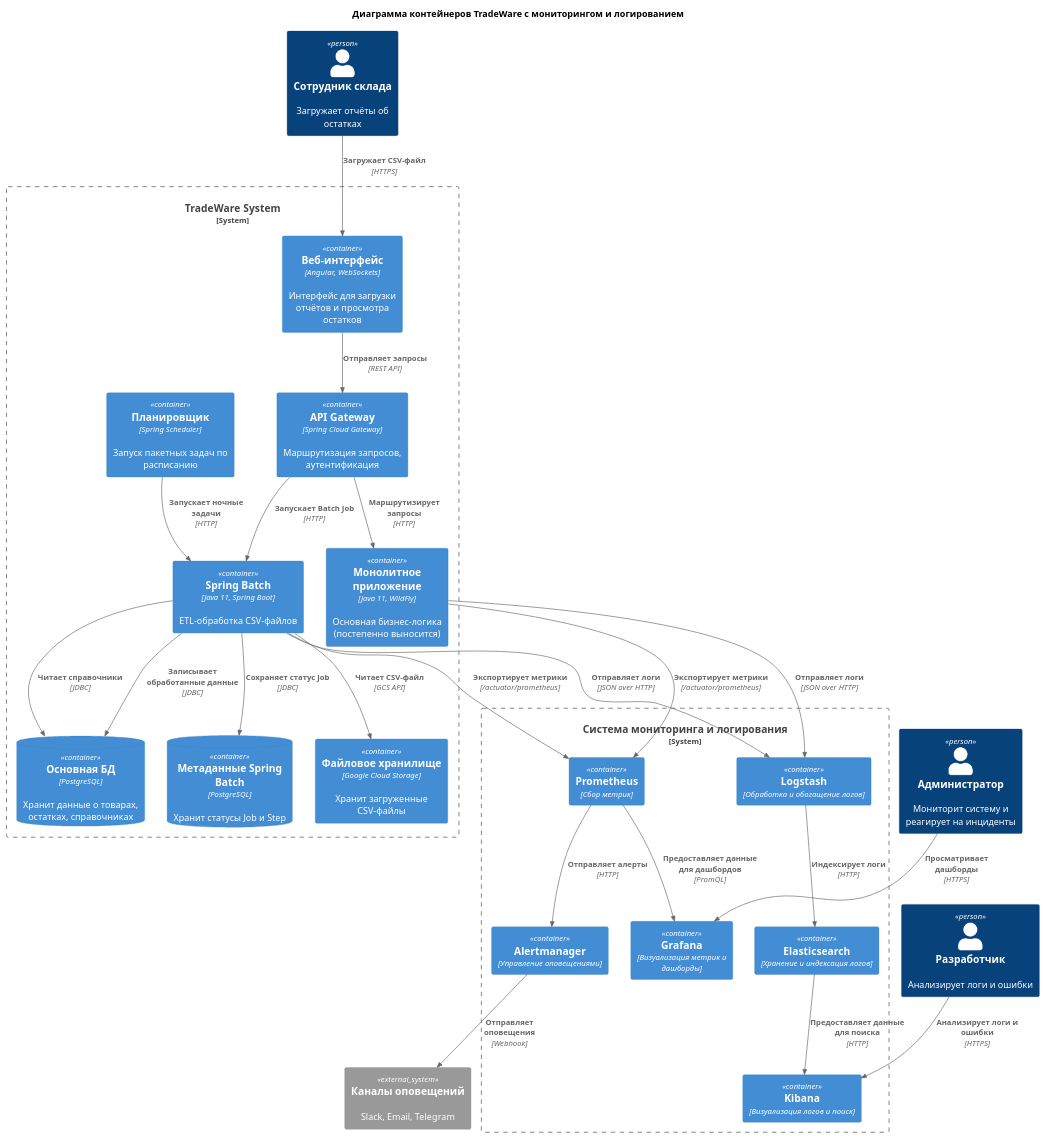
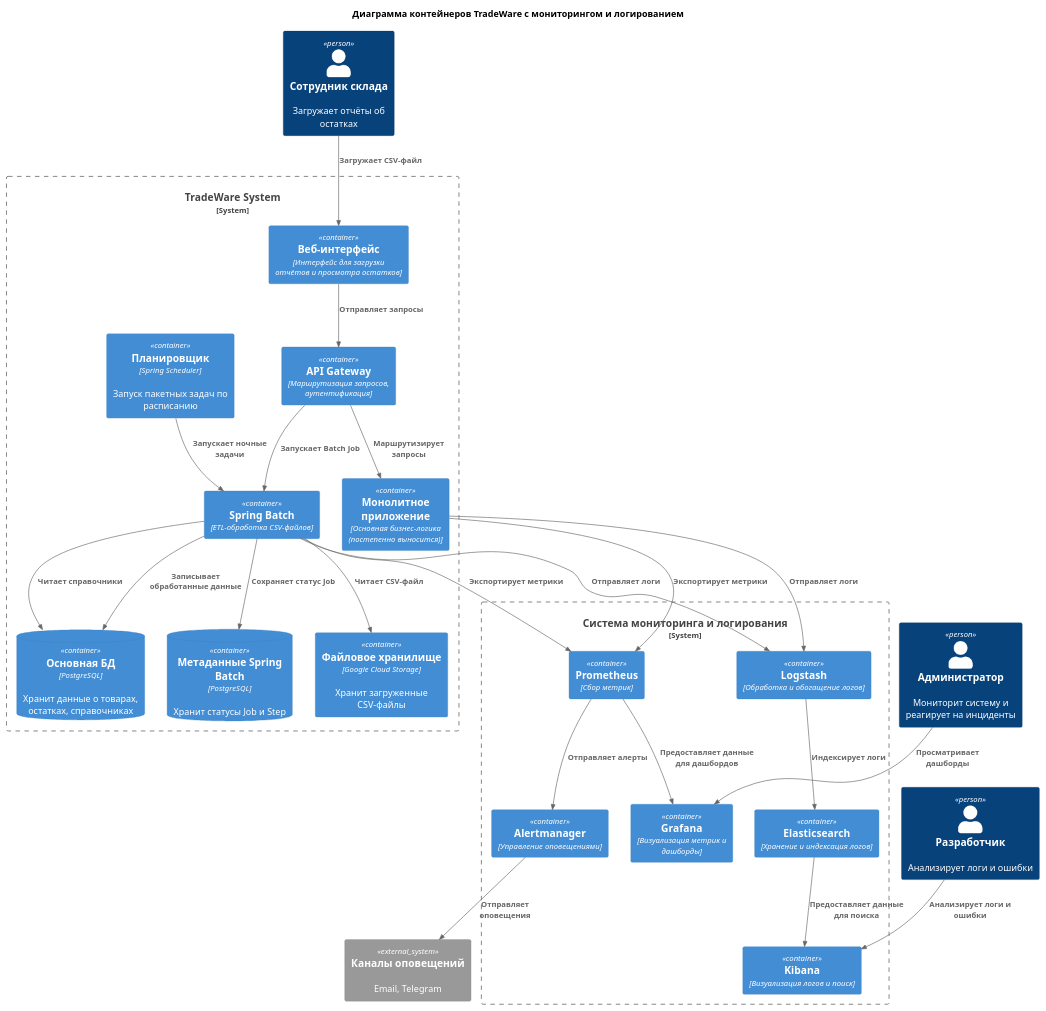
The diagram in task-5/results/с4_diagram.puml (BelousovaNatali/msa-project-5-base), drawn with PlantUML before and after one commit. The commit also changed 1 other file, not shown here.

```diff
--- a/task-5/results/с4_diagram.puml
+++ b/task-5/results/с4_diagram.puml
@@ -1,72 +1,72 @@
 @startuml
 !include https://raw.githubusercontent.com/plantuml-stdlib/C4-PlantUML/master/C4_Container.puml
 
 title Диаграмма контейнеров TradeWare с мониторингом и логированием
 
 Person(worker, "Сотрудник склада", "Загружает отчёты об остатках")
 Person(admin, "Администратор", "Мониторит систему и реагирует на инциденты")
 Person(dev, "Разработчик", "Анализирует логи и ошибки")
 
 System_Boundary(tradeware, "TradeWare System") {
 
-    Container(frontend, "Веб-интерфейс", "Angular, WebSockets", "Интерфейс для загрузки отчётов и просмотра остатков")
+    Container(frontend, "Веб-интерфейс", "Интерфейс для загрузки отчётов и просмотра остатков")
 
-    Container(api, "API Gateway", "Spring Cloud Gateway", "Маршрутизация запросов, аутентификация")
+    Container(api, "API Gateway", "Маршрутизация запросов, аутентификация")
 
-    Container(monolith, "Монолитное приложение", "Java 11, WildFly", "Основная бизнес-логика (постепенно выносится)")
+    Container(monolith, "Монолитное приложение", "Основная бизнес-логика (постепенно выносится)")
 
-    Container(batch, "Spring Batch", "Java 11, Spring Boot", "ETL-обработка CSV-файлов")
+    Container(batch, "Spring Batch", "ETL-обработка CSV-файлов")
 
     Container(scheduler, "Планировщик", "Spring Scheduler", "Запуск пакетных задач по расписанию")
 
     ContainerDb(db, "Основная БД", "PostgreSQL", "Хранит данные о товарах, остатках, справочниках")
 
     ContainerDb(metadata, "Метаданные Spring Batch", "PostgreSQL", "Хранит статусы Job и Step")
 
     Container(storage, "Файловое хранилище", "Google Cloud Storage", "Хранит загруженные CSV-файлы")
 }
 
 System_Boundary(monitoring_system, "Система мониторинга и логирования") {
 
     Container(prometheus, "Prometheus", "Сбор метрик")
 
     Container(grafana, "Grafana", "Визуализация метрик и дашборды")
 
     Container(alertmanager, "Alertmanager", "Управление оповещениями")
 
     Container(elasticsearch, "Elasticsearch", "Хранение и индексация логов")
 
     Container(logstash, "Logstash", "Обработка и обогащение логов")
 
     Container(kibana, "Kibana", "Визуализация логов и поиск")
 }
 
-System_Ext(notification, "Каналы оповещений", "Slack, Email, Telegram")
+System_Ext(notification, "Каналы оповещений", "Email, Telegram")
 
-Rel(worker, frontend, "Загружает CSV-файл", "HTTPS")
-Rel(frontend, api, "Отправляет запросы", "REST API")
-Rel(api, monolith, "Маршрутизирует запросы", "HTTP")
-Rel(api, batch, "Запускает Batch Job", "HTTP")
+Rel(worker, frontend, "Загружает CSV-файл")
+Rel(frontend, api, "Отправляет запросы")
+Rel(api, monolith, "Маршрутизирует запросы")
+Rel(api, batch, "Запускает Batch Job")
 
-Rel(batch, storage, "Читает CSV-файл", "GCS API")
-Rel(batch, db, "Читает справочники", "JDBC")
-Rel(batch, db, "Записывает обработанные данные", "JDBC")
-Rel(batch, metadata, "Сохраняет статус Job", "JDBC")
+Rel(batch, storage, "Читает CSV-файл")
+Rel(batch, db, "Читает справочники")
+Rel(batch, db, "Записывает обработанные данные")
+Rel(batch, metadata, "Сохраняет статус Job")
 
-Rel(scheduler, batch, "Запускает ночные задачи", "HTTP")
+Rel(scheduler, batch, "Запускает ночные задачи")
 
-Rel(monolith, prometheus, "Экспортирует метрики", "/actuator/prometheus")
-Rel(batch, prometheus, "Экспортирует метрики", "/actuator/prometheus")
-Rel(prometheus, grafana, "Предоставляет данные для дашбордов", "PromQL")
-Rel(prometheus, alertmanager, "Отправляет алерты", "HTTP")
+Rel(monolith, prometheus, "Экспортирует метрики")
+Rel(batch, prometheus, "Экспортирует метрики")
+Rel(prometheus, grafana, "Предоставляет данные для дашбордов")
+Rel(prometheus, alertmanager, "Отправляет алерты")
 
-Rel(monolith, logstash, "Отправляет логи", "JSON over HTTP")
-Rel(batch, logstash, "Отправляет логи", "JSON over HTTP")
-Rel(logstash, elasticsearch, "Индексирует логи", "HTTP")
-Rel(elasticsearch, kibana, "Предоставляет данные для поиска", "HTTP")
+Rel(monolith, logstash, "Отправляет логи")
+Rel(batch, logstash, "Отправляет логи")
+Rel(logstash, elasticsearch, "Индексирует логи")
+Rel(elasticsearch, kibana, "Предоставляет данные для поиска")
 
-Rel(alertmanager, notification, "Отправляет оповещения", "Webhook")
-Rel(admin, grafana, "Просматривает дашборды", "HTTPS")
-Rel(dev, kibana, "Анализирует логи и ошибки", "HTTPS")
+Rel(alertmanager, notification, "Отправляет оповещения")
+Rel(admin, grafana, "Просматривает дашборды")
+Rel(dev, kibana, "Анализирует логи и ошибки")
 
 @enduml
```
